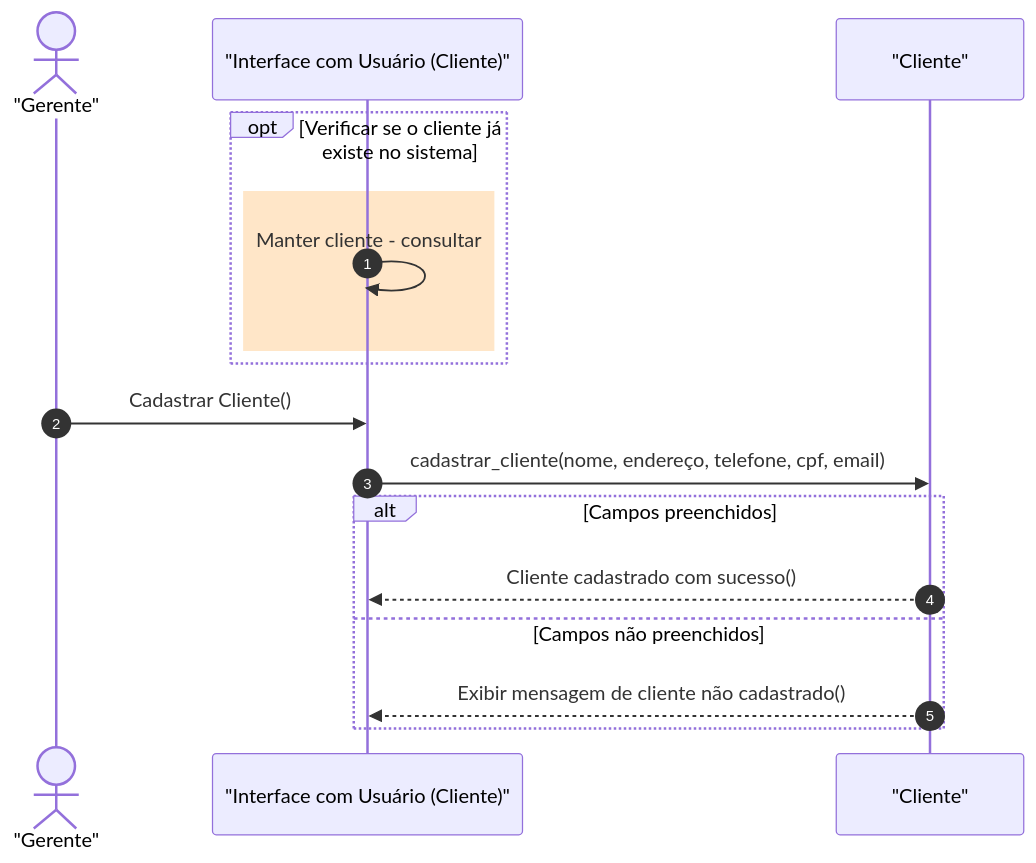
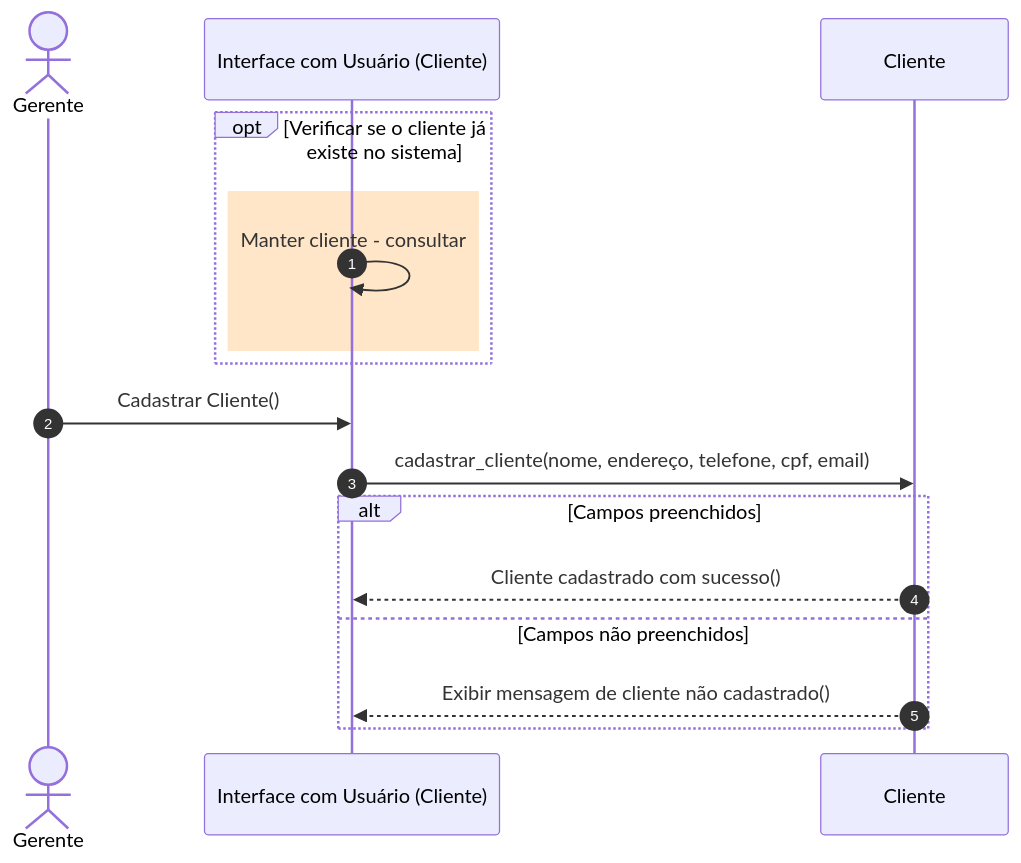
The second of 2 diagrams in Documetos/Documento_Visao.md (Projeito-Vendas-de-Cosmeticos/Comesticos-doc), drawn with Mermaid before and after one commit.

Commit message:
Refactor sequence diagram in Documento_Visao.md
Updated formatting of actors and participants in sequence diagram.

````diff
--- a/Documetos/Documento_Visao.md
+++ b/Documetos/Documento_Visao.md
@@ -102,24 +102,24 @@
 ```mermaid
 sequenceDiagram
     autonumber
 
-    actor Gerente as "Gerente"
-    participant IU as "Interface com Usuário (Cliente)"
-    participant Cliente as "Cliente"
+    actor Gerente as Gerente
+    participant IU as Interface com Usuário (Cliente)
+    participant Cliente as Cliente
 
     opt Verificar se o cliente já existe no sistema
         rect rgb(255,230,200)
             IU ->> IU: Manter cliente - consultar
         end
     end
 
     Gerente ->> IU: Cadastrar Cliente()
 
     IU ->> Cliente: cadastrar_cliente(nome, endereço, telefone, cpf, email)
 
     alt Campos preenchidos
         Cliente -->> IU: Cliente cadastrado com sucesso()
     else Campos não preenchidos
         Cliente -->> IU: Exibir mensagem de cliente não cadastrado()
     end
 ```
````
